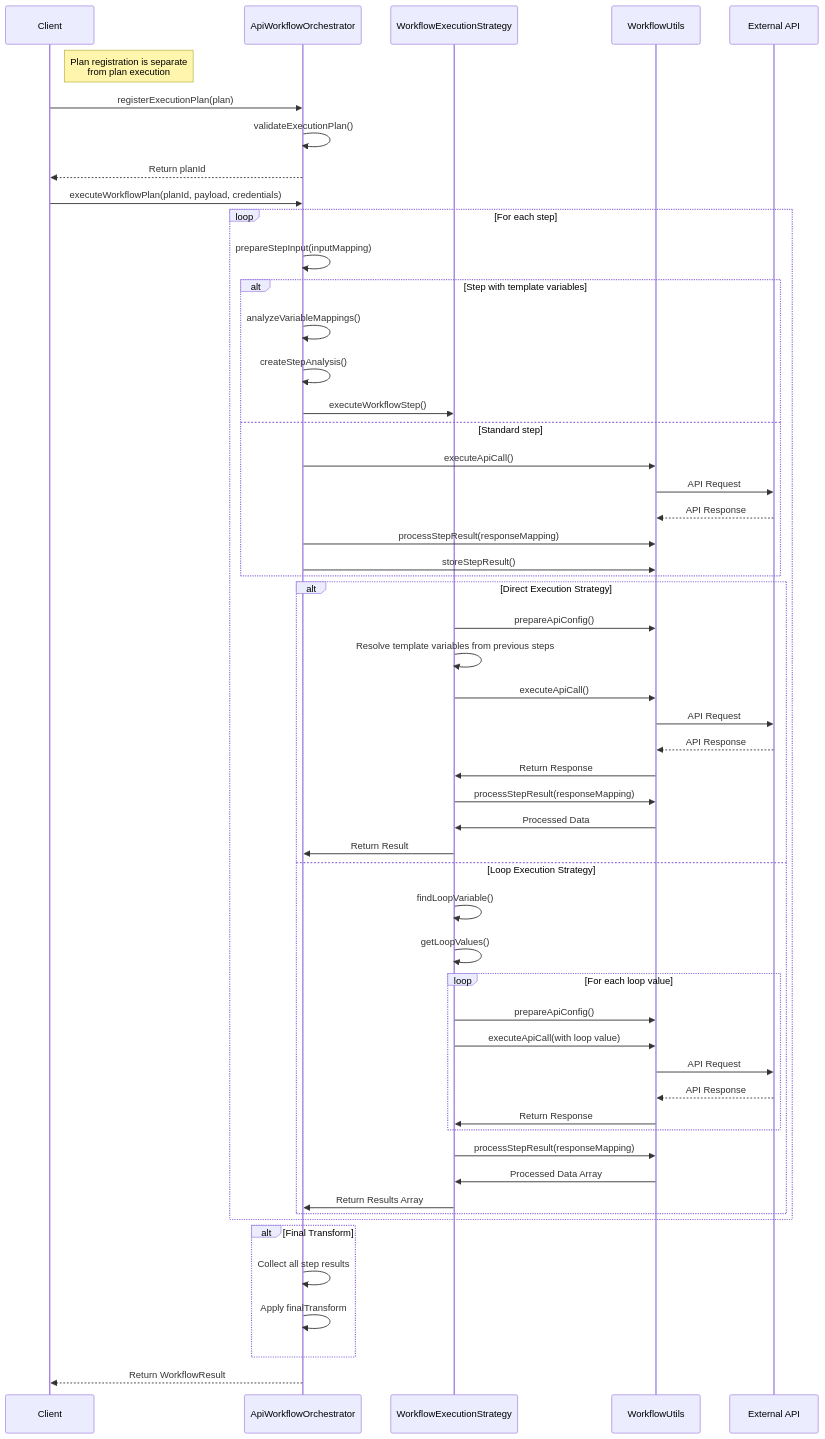
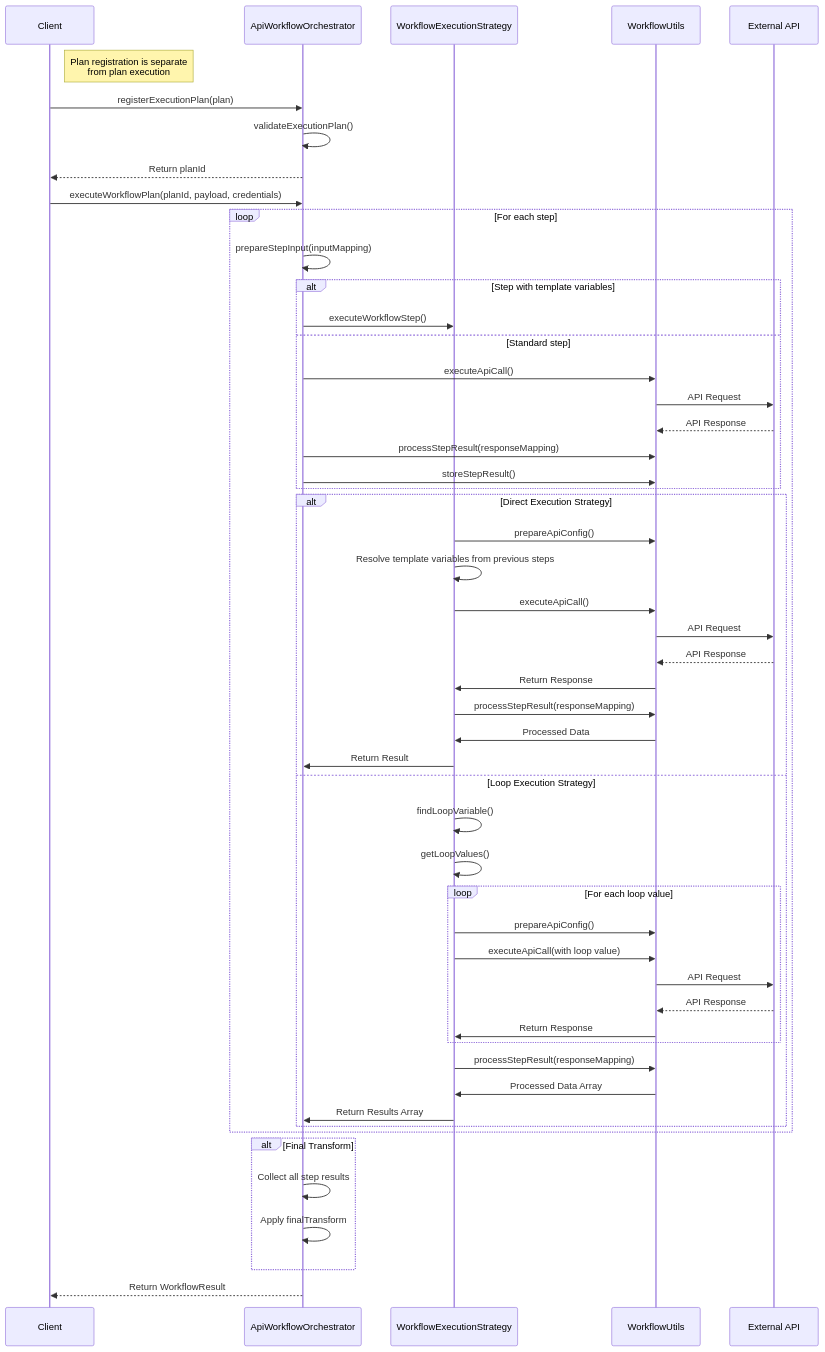
One commit to superglue-ai/superglue changed the second of 4 diagrams in packages/core/components/workflow/README.md. Above: the diagram before and after it, drawn with Mermaid. The commit also changed other lines of this file and 3 other files, not shown here.

````diff
--- a/packages/core/components/workflow/README.md
+++ b/packages/core/components/workflow/README.md
@@ -32,63 +32,61 @@
 ```mermaid
 sequenceDiagram
     participant Client
     participant Orchestrator as ApiWorkflowOrchestrator
     participant Strategy as WorkflowExecutionStrategy
     participant Utils as WorkflowUtils
     participant API as External API
     
     Note right of Client: Plan registration is separate<br/>from plan execution
     Client->>Orchestrator: registerExecutionPlan(plan)
     Orchestrator->>Orchestrator: validateExecutionPlan()
     Orchestrator-->>Client: Return planId
     
     Client->>Orchestrator: executeWorkflowPlan(planId, payload, credentials)
     
     loop For each step
         Orchestrator->>Orchestrator: prepareStepInput(inputMapping)
         
         alt Step with template variables
-            Orchestrator->>Orchestrator: analyzeVariableMappings()
-            Orchestrator->>Orchestrator: createStepAnalysis()
             Orchestrator->>Strategy: executeWorkflowStep()
         else Standard step
             Orchestrator->>Utils: executeApiCall()
             Utils->>API: API Request
             API-->>Utils: API Response
             Orchestrator->>Utils: processStepResult(responseMapping)
             Orchestrator->>Utils: storeStepResult()
         end
         
         alt Direct Execution Strategy
             Strategy->>Utils: prepareApiConfig()
             Strategy->>Strategy: Resolve template variables from previous steps
             Strategy->>Utils: executeApiCall()
             Utils->>API: API Request
             API-->>Utils: API Response
             Utils->>Strategy: Return Response
             Strategy->>Utils: processStepResult(responseMapping)
             Utils->>Strategy: Processed Data
             Strategy->>Orchestrator: Return Result
         else Loop Execution Strategy
             Strategy->>Strategy: findLoopVariable()
             Strategy->>Strategy: getLoopValues()
             loop For each loop value
                 Strategy->>Utils: prepareApiConfig()
                 Strategy->>Utils: executeApiCall(with loop value)
                 Utils->>API: API Request
                 API-->>Utils: API Response
                 Utils->>Strategy: Return Response
             end
             Strategy->>Utils: processStepResult(responseMapping)
             Utils->>Strategy: Processed Data Array
             Strategy->>Orchestrator: Return Results Array
         end
     end
     
     alt Final Transform
         Orchestrator->>Orchestrator: Collect all step results
         Orchestrator->>Orchestrator: Apply finalTransform
     end
     
     Orchestrator-->>Client: Return WorkflowResult
 ```
````
